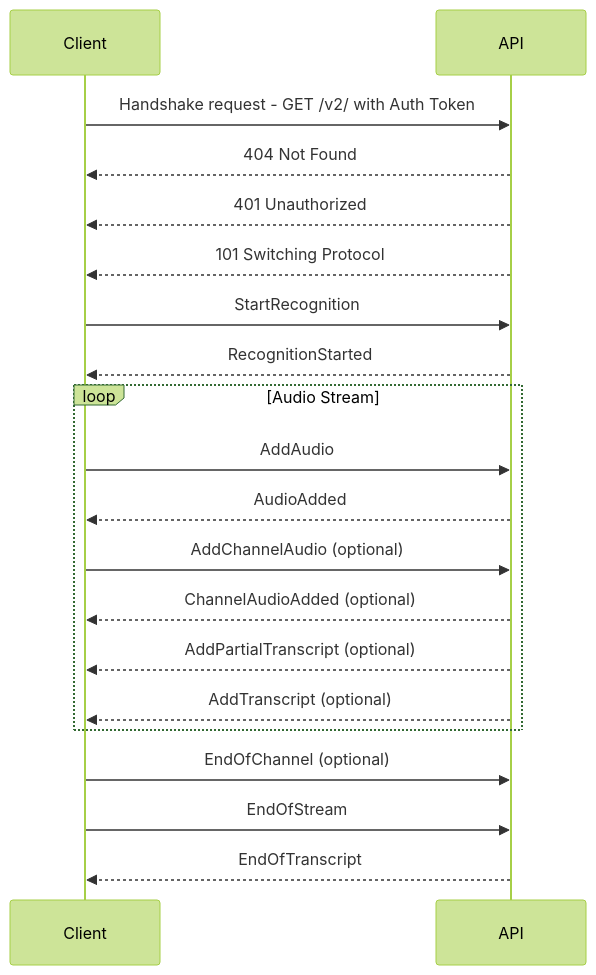
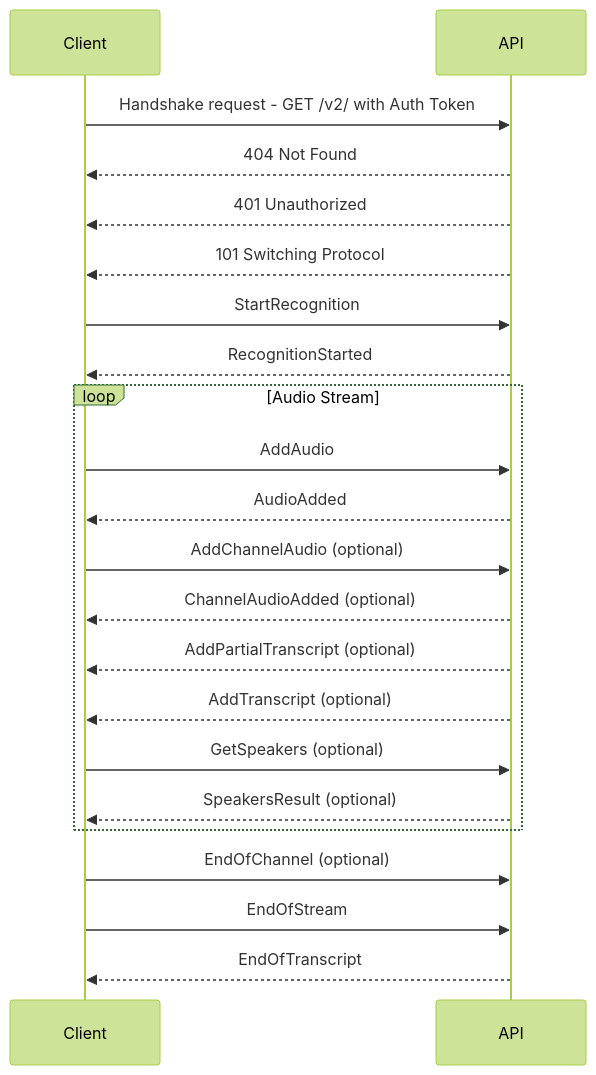
One commit to speechmatics/docs changed the diagram in docs/api-ref/realtime-transcription-websocket.mdx. Above: the diagram before and after it, drawn with Mermaid (forest theme). The commit also changed 5 other files, not shown here.

````diff
--- a/docs/api-ref/realtime-transcription-websocket.mdx
+++ b/docs/api-ref/realtime-transcription-websocket.mdx
@@ -30,22 +30,24 @@
 ```mermaid
 sequenceDiagram
   participant Client
   participant API
   Client->>API: Handshake request - GET /v2/ with Auth Token
   API-->>Client: 404 Not Found
   API-->>Client: 401 Unauthorized
   API-->>Client: 101 Switching Protocol
   Client->>API: StartRecognition
   API-->>Client: RecognitionStarted
   loop Audio Stream
     Client->>API: AddAudio
     API-->>Client: AudioAdded
     Client->>API: AddChannelAudio (optional)
     API-->>Client: ChannelAudioAdded (optional)
     API-->>Client: AddPartialTranscript (optional)
     API-->>Client: AddTranscript (optional)
+    Client->>API: GetSpeakers (optional)
+    API-->>Client: SpeakersResult (optional)
   end
   Client->>API: EndOfChannel (optional)
   Client->>API: EndOfStream
   API-->>Client: EndOfTranscript
 ```
````
